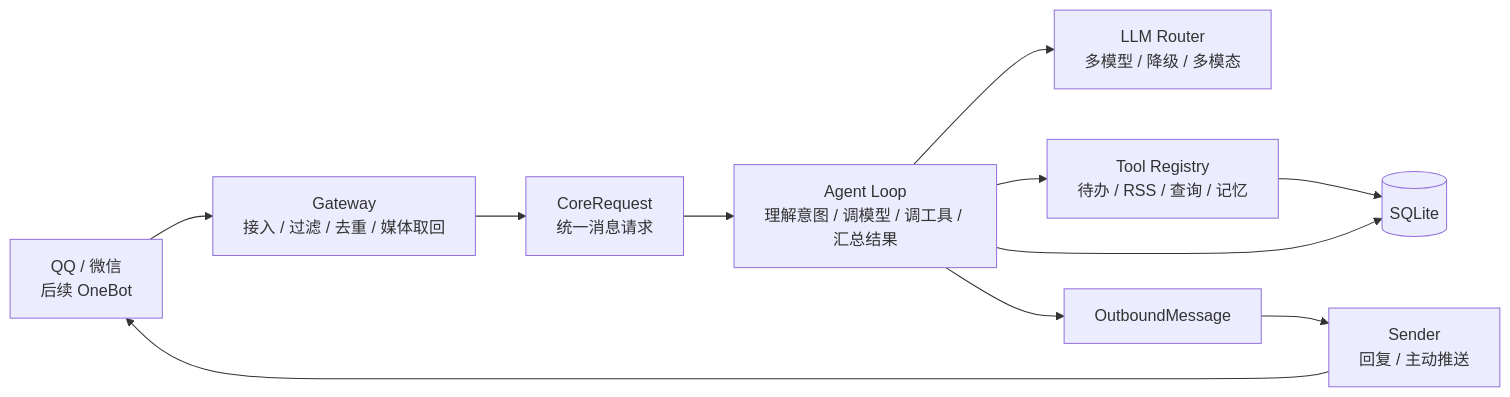
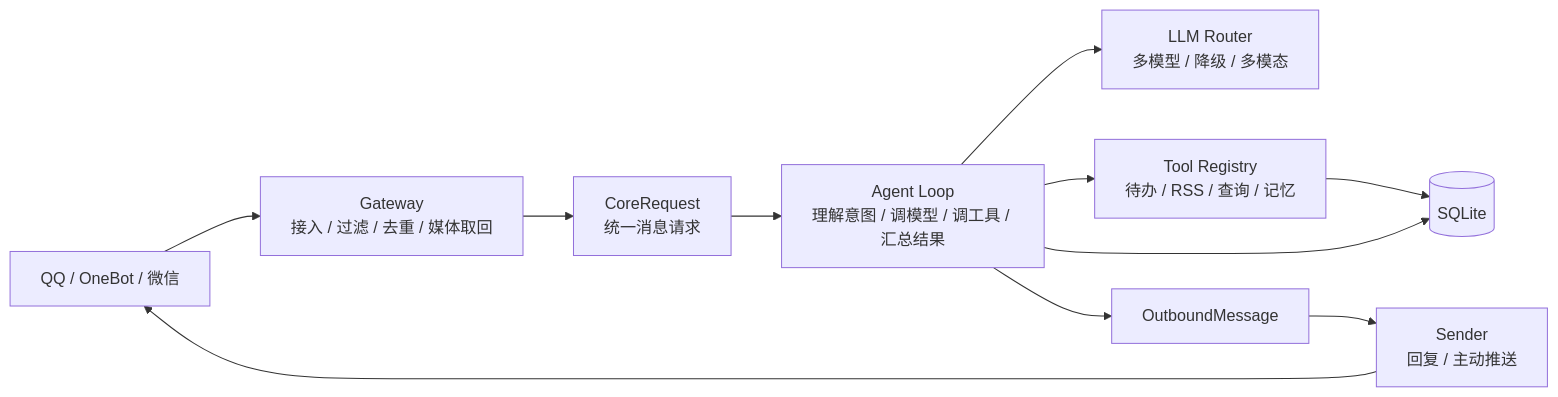
One commit to kuliantnt/qq-maid-bot changed the diagram in README.md. Above: the diagram before and after it, drawn with Mermaid. The commit also changed other lines of this file and 10 other files, not shown here.

First line of the commit message:
feat: 打通 OneBot Core 聊天闭环 (#450)

````diff
--- a/README.md
+++ b/README.md
@@ -191,18 +191,18 @@
 ```mermaid
 flowchart LR
-    platform["QQ / 微信<br/>后续 OneBot"] --> gateway["Gateway<br/>接入 / 过滤 / 去重 / 媒体取回"]
+    platform["QQ / OneBot / 微信"] --> gateway["Gateway<br/>接入 / 过滤 / 去重 / 媒体取回"]
     gateway --> request["CoreRequest<br/>统一消息请求"]
 
     agent["Agent Loop<br/>理解意图 / 调模型 / 调工具 / 汇总结果"]
 
     request --> agent
     agent --> llm["LLM Router<br/>多模型 / 降级 / 多模态"]
     agent --> tools["Tool Registry<br/>待办 / RSS / 查询 / 记忆"]
 
     tools --> db[(SQLite)]
     agent --> db
 
     agent --> outbound["OutboundMessage"]
     outbound --> sender["Sender<br/>回复 / 主动推送"]
     sender --> platform
 ```
````
